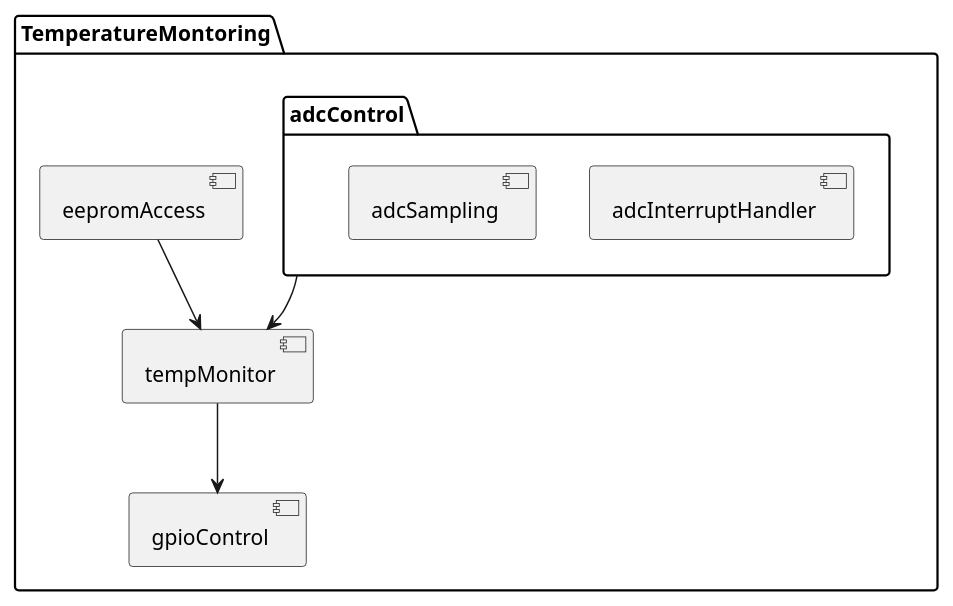
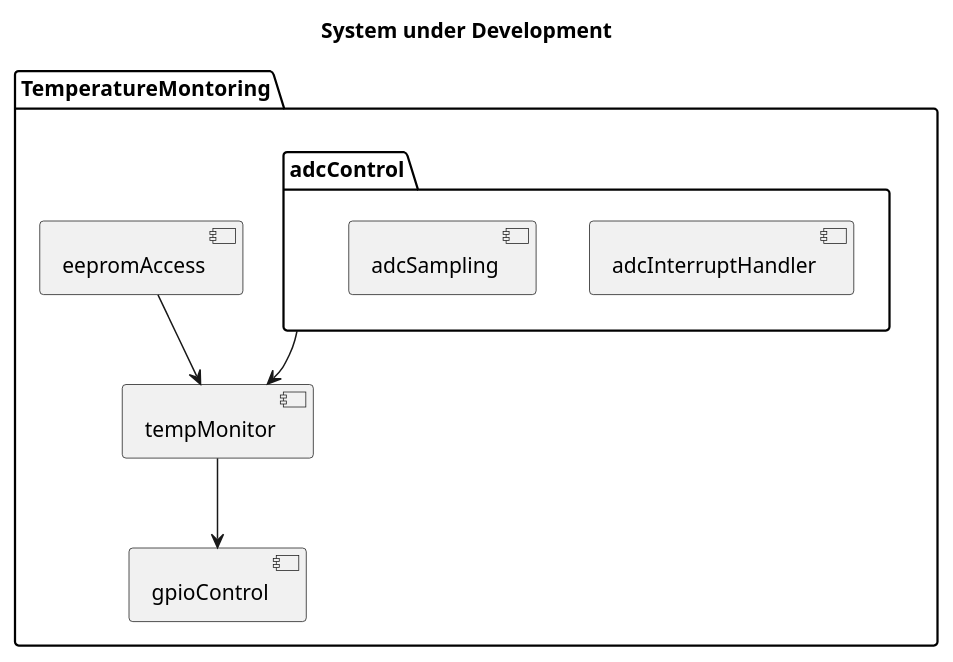
One commit to pru8889/TempMonitoring_Project changed the diagram in arch/static_arch.puml. Above: the diagram before and after it, drawn with PlantUML. The commit also changed 2 other files, not shown here.

```diff
--- a/arch/static_arch.puml
+++ b/arch/static_arch.puml
@@ -1,15 +1,16 @@
 @startuml
+title System under Development
 package "TemperatureMontoring" {
     [eepromAccess] as ea
     package "adcControl" as adc{
     [adcInterruptHandler] as adcIsr
     [adcSampling]
     }
     [tempMonitor] as tmp
     [gpioControl] as gpio
 }
 
 ea --> tmp
 adc --> tmp
 tmp --> gpio
 @enduml
```
